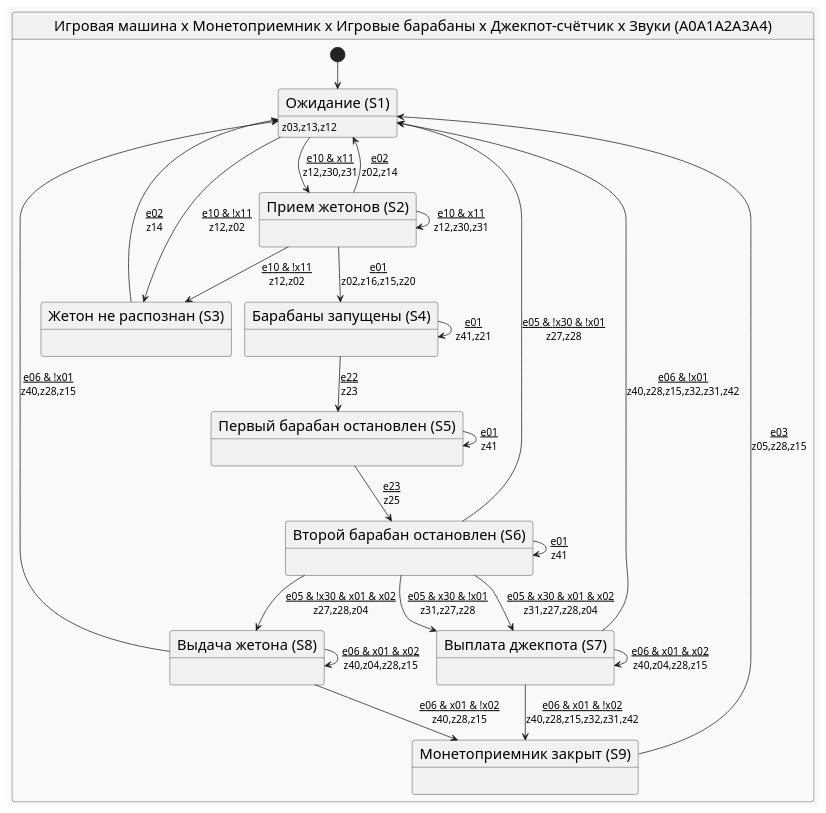
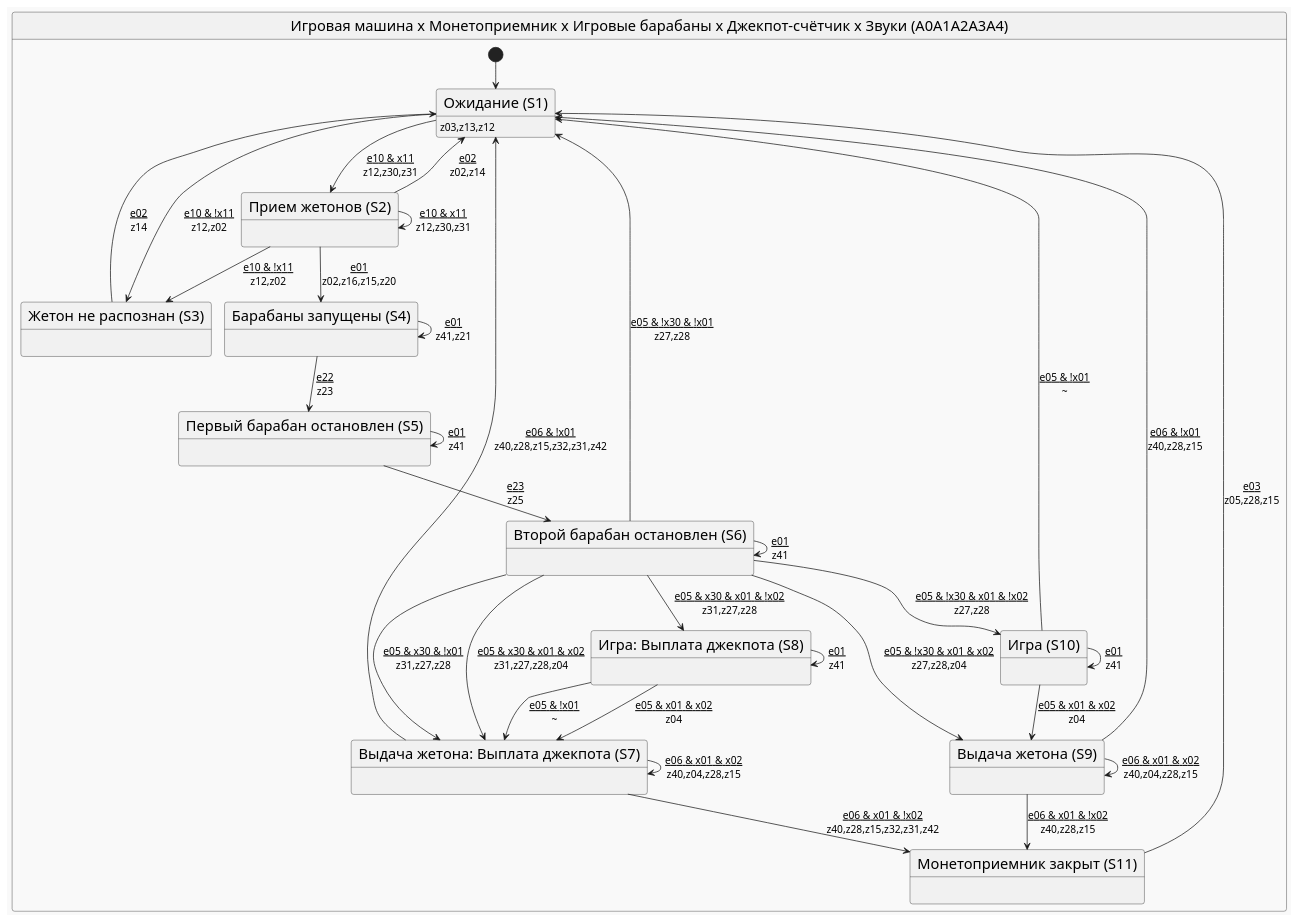
Before and after one commit to PhoenixNazarov/fsm-multiply: the diagram in articles/multiply_many_nested/puml/final.puml, drawn with PlantUML. The commit also changed 6 other files, not shown here.

```diff
--- a/articles/multiply_many_nested/puml/final.puml
+++ b/articles/multiply_many_nested/puml/final.puml
@@ -1,40 +1,50 @@
 @startuml
 !theme mars
 skinparam stateFontSize 20
 skinparam arrowFontSize 14
 state "Игровая машина x Монетоприемник x Игровые барабаны x Джекпот-счётчик x Звуки (A0A1A2A3A4)" as A0A1A2A3A4 {
-    [*] --> A0A1A2A3A423
-    state "Ожидание (S1)" as A0A1A2A3A423 : <size:14>z03,z13,z12
+    [*] --> A0A1A2A3A431
+    state "Ожидание (S1)" as A0A1A2A3A431 : <size:14>z03,z13,z12
     state "Прием жетонов (S2)" as A0A1A2A3A45 : 
     state "Жетон не распознан (S3)" as A0A1A2A3A46 : 
     state "Барабаны запущены (S4)" as A0A1A2A3A49 : 
     state "Первый барабан остановлен (S5)" as A0A1A2A3A411 : 
-    state "Второй барабан остановлен (S6)" as A0A1A2A3A416 : 
-    state "Выплата джекпота (S7)" as A0A1A2A3A417 : 
-    state "Выдача жетона (S8)" as A0A1A2A3A420 : 
-    state "Монетоприемник закрыт (S9)" as A0A1A2A3A421 : 
-    A0A1A2A3A423 --> A0A1A2A3A45 : <u>e10 & x11\nz12,z30,z31
-    A0A1A2A3A423 --> A0A1A2A3A46 : <u>e10 & !x11\nz12,z02
-    A0A1A2A3A45 --> A0A1A2A3A423 : <u>e02\nz02,z14
+    state "Второй барабан остановлен (S6)" as A0A1A2A3A418 : 
+    state "Выдача жетона: Выплата джекпота (S7)" as A0A1A2A3A423 : 
+    state "Игра: Выплата джекпота (S8)" as A0A1A2A3A424 : 
+    state "Выдача жетона (S9)" as A0A1A2A3A428 : 
+    state "Игра (S10)" as A0A1A2A3A430 : 
+    state "Монетоприемник закрыт (S11)" as A0A1A2A3A426 : 
+    A0A1A2A3A431 --> A0A1A2A3A45 : <u>e10 & x11\nz12,z30,z31
+    A0A1A2A3A431 --> A0A1A2A3A46 : <u>e10 & !x11\nz12,z02
+    A0A1A2A3A45 --> A0A1A2A3A431 : <u>e02\nz02,z14
     A0A1A2A3A45 --> A0A1A2A3A49 : <u>e01\nz02,z16,z15,z20
     A0A1A2A3A45 --> A0A1A2A3A45 : <u>e10 & x11\nz12,z30,z31
     A0A1A2A3A45 --> A0A1A2A3A46 : <u>e10 & !x11\nz12,z02
-    A0A1A2A3A46 --> A0A1A2A3A423 : <u>e02\nz14
+    A0A1A2A3A46 --> A0A1A2A3A431 : <u>e02\nz14
     A0A1A2A3A49 --> A0A1A2A3A411 : <u>e22\nz23
     A0A1A2A3A49 --> A0A1A2A3A49 : <u>e01\nz41,z21
-    A0A1A2A3A411 --> A0A1A2A3A416 : <u>e23\nz25
+    A0A1A2A3A411 --> A0A1A2A3A418 : <u>e23\nz25
     A0A1A2A3A411 --> A0A1A2A3A411 : <u>e01\nz41
-    A0A1A2A3A416 --> A0A1A2A3A417 : <u>e05 & x30 & x01 & x02\nz31,z27,z28,z04
-    A0A1A2A3A416 --> A0A1A2A3A417 : <u>e05 & x30 & !x01\nz31,z27,z28
-    A0A1A2A3A416 --> A0A1A2A3A420 : <u>e05 & !x30 & x01 & x02\nz27,z28,z04
-    A0A1A2A3A416 --> A0A1A2A3A423 : <u>e05 & !x30 & !x01\nz27,z28
-    A0A1A2A3A416 --> A0A1A2A3A416 : <u>e01\nz41
-    A0A1A2A3A417 --> A0A1A2A3A417 : <u>e06 & x01 & x02\nz40,z04,z28,z15
-    A0A1A2A3A417 --> A0A1A2A3A421 : <u>e06 & x01 & !x02\nz40,z28,z15,z32,z31,z42
-    A0A1A2A3A417 --> A0A1A2A3A423 : <u>e06 & !x01\nz40,z28,z15,z32,z31,z42
-    A0A1A2A3A420 --> A0A1A2A3A420 : <u>e06 & x01 & x02\nz40,z04,z28,z15
-    A0A1A2A3A420 --> A0A1A2A3A421 : <u>e06 & x01 & !x02\nz40,z28,z15
-    A0A1A2A3A420 --> A0A1A2A3A423 : <u>e06 & !x01\nz40,z28,z15
-    A0A1A2A3A421 --> A0A1A2A3A423 : <u>e03\nz05,z28,z15
+    A0A1A2A3A418 --> A0A1A2A3A423 : <u>e05 & x30 & x01 & x02\nz31,z27,z28,z04
+    A0A1A2A3A418 --> A0A1A2A3A423 : <u>e05 & x30 & !x01\nz31,z27,z28
+    A0A1A2A3A418 --> A0A1A2A3A424 : <u>e05 & x30 & x01 & !x02\nz31,z27,z28
+    A0A1A2A3A418 --> A0A1A2A3A428 : <u>e05 & !x30 & x01 & x02\nz27,z28,z04
+    A0A1A2A3A418 --> A0A1A2A3A431 : <u>e05 & !x30 & !x01\nz27,z28
+    A0A1A2A3A418 --> A0A1A2A3A430 : <u>e05 & !x30 & x01 & !x02\nz27,z28
+    A0A1A2A3A418 --> A0A1A2A3A418 : <u>e01\nz41
+    A0A1A2A3A423 --> A0A1A2A3A423 : <u>e06 & x01 & x02\nz40,z04,z28,z15
+    A0A1A2A3A423 --> A0A1A2A3A426 : <u>e06 & x01 & !x02\nz40,z28,z15,z32,z31,z42
+    A0A1A2A3A423 --> A0A1A2A3A431 : <u>e06 & !x01\nz40,z28,z15,z32,z31,z42
+    A0A1A2A3A424 --> A0A1A2A3A423 : <u>e05 & x01 & x02\nz04
+    A0A1A2A3A424 --> A0A1A2A3A423 : <u>e05 & !x01\n~
+    A0A1A2A3A424 --> A0A1A2A3A424 : <u>e01\nz41
+    A0A1A2A3A428 --> A0A1A2A3A428 : <u>e06 & x01 & x02\nz40,z04,z28,z15
+    A0A1A2A3A428 --> A0A1A2A3A426 : <u>e06 & x01 & !x02\nz40,z28,z15
+    A0A1A2A3A428 --> A0A1A2A3A431 : <u>e06 & !x01\nz40,z28,z15
+    A0A1A2A3A430 --> A0A1A2A3A428 : <u>e05 & x01 & x02\nz04
+    A0A1A2A3A430 --> A0A1A2A3A431 : <u>e05 & !x01\n~
+    A0A1A2A3A430 --> A0A1A2A3A430 : <u>e01\nz41
+    A0A1A2A3A426 --> A0A1A2A3A431 : <u>e03\nz05,z28,z15
 }
 @enduml
```
